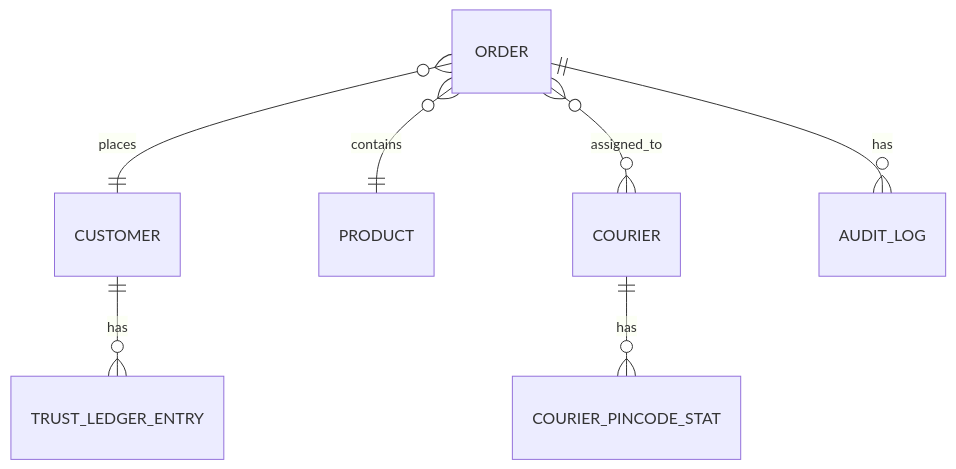
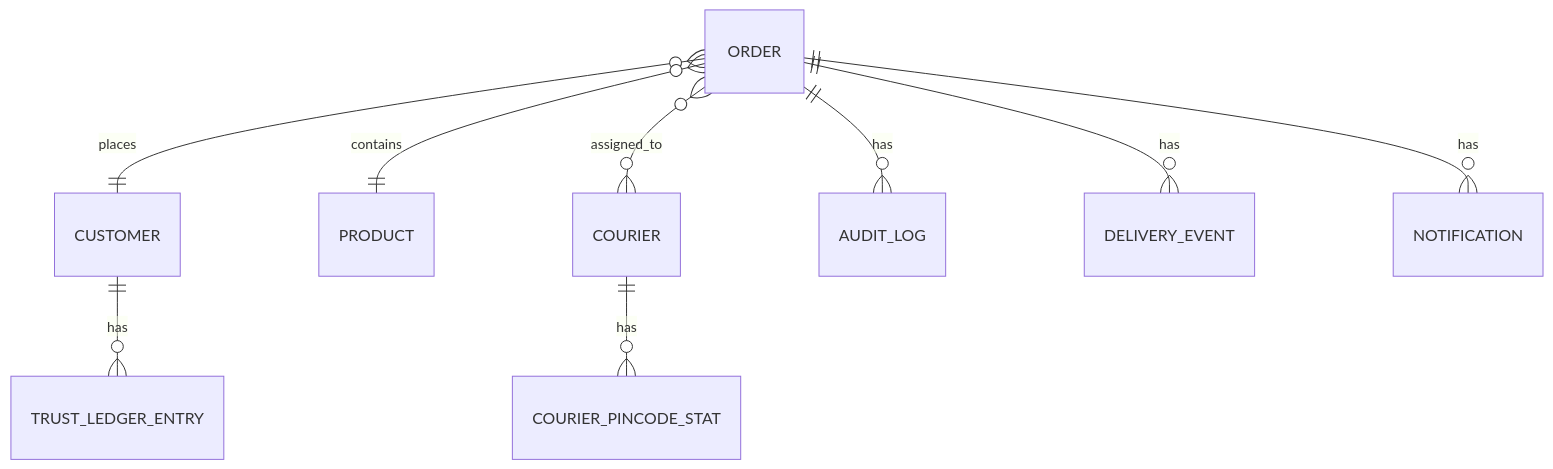
The eighth of 9 diagrams in README.md (Kumar-Aman7974/rto-shield), drawn with Mermaid before and after one commit. The commit also changed other lines of this file, not shown here.

````diff
--- a/README.md
+++ b/README.md
@@ -226,9 +447,11 @@
 ```mermaid
 erDiagram
     ORDER }o--|| CUSTOMER : places
     ORDER }o--|| PRODUCT : contains
     ORDER }o--o{ COURIER : assigned_to
     COURIER ||--o{ COURIER_PINCODE_STAT : has
     CUSTOMER ||--o{ TRUST_LEDGER_ENTRY : has
     ORDER ||--o{ AUDIT_LOG : has
+    ORDER ||--o{ DELIVERY_EVENT : has
+    ORDER ||--o{ NOTIFICATION : has
 ```
````
